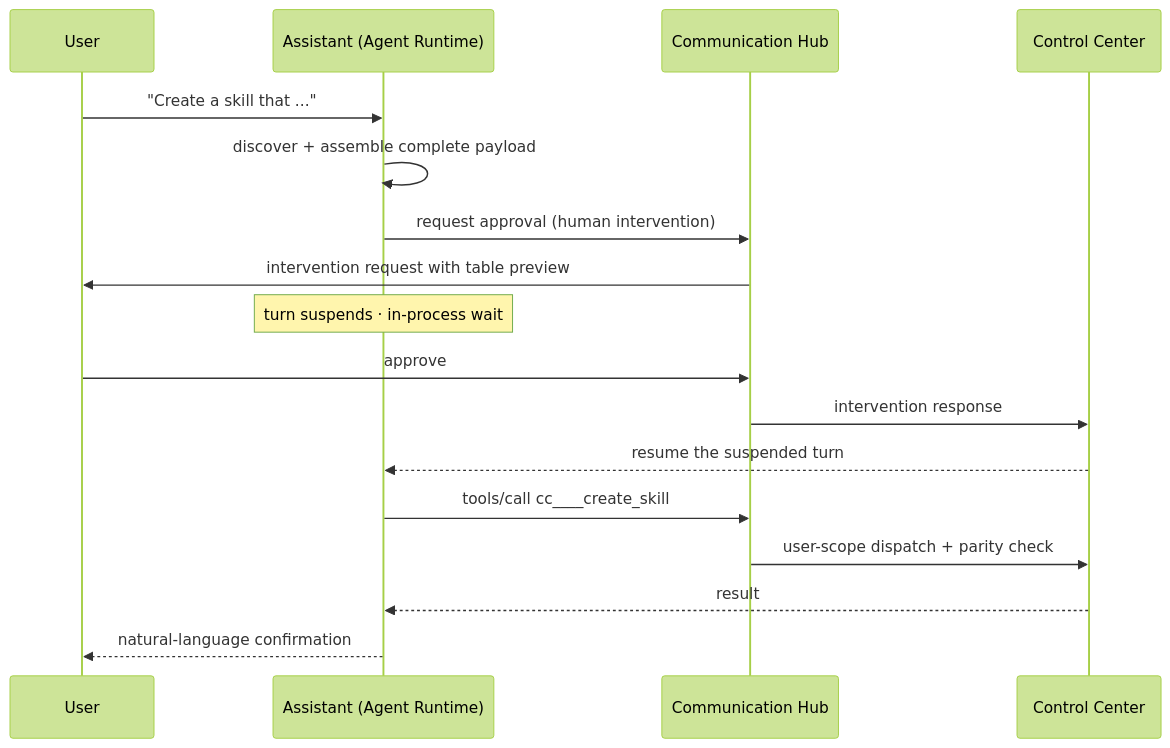
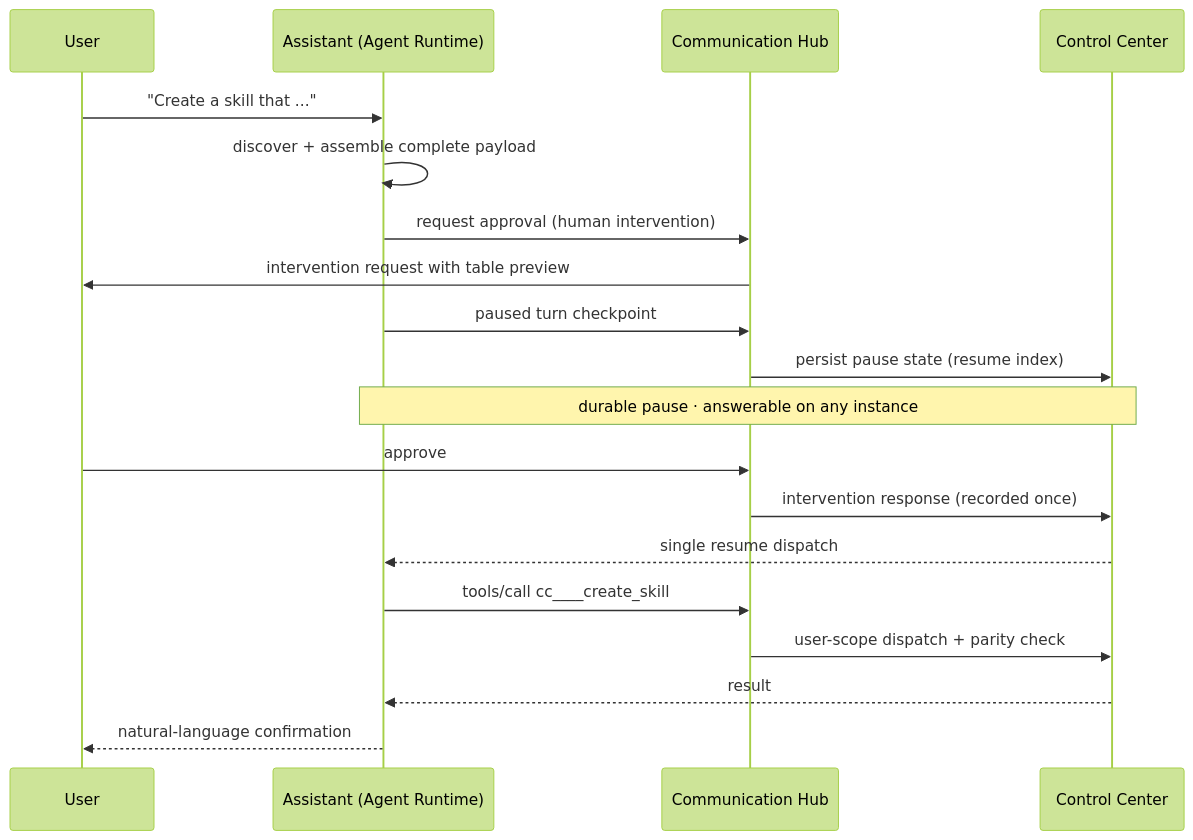
One commit to hurungang/parthenon changed the ninth of 9 diagrams in docs/master/architecture/modules/control-center/architecture.md. Above: the diagram before and after it, drawn with Mermaid (forest theme). The commit also changed other lines of this file and 414 other files, not shown here.

````diff
--- a/docs/master/architecture/modules/control-center/architecture.md
+++ b/docs/master/architecture/modules/control-center/architecture.md
@@ -419,20 +366,22 @@
 ```mermaid
 sequenceDiagram
     participant U as User
     participant AS as Assistant (Agent Runtime)
     participant CH as Communication Hub
     participant CC as Control Center
 
     U->>AS: "Create a skill that ..."
     AS->>AS: discover + assemble complete payload
     AS->>CH: request approval (human intervention)
     CH->>U: intervention request with table preview
-    Note over AS: turn suspends · in-process wait
+    AS->>CH: paused turn checkpoint
+    CH->>CC: persist pause state (resume index)
+    Note over AS,CC: durable pause · answerable on any instance
     U->>CH: approve
-    CH->>CC: intervention response
-    CC-->>AS: resume the suspended turn
+    CH->>CC: intervention response (recorded once)
+    CC-->>AS: single resume dispatch
     AS->>CH: tools/call cc____create_skill
     CH->>CC: user-scope dispatch + parity check
     CC-->>AS: result
     AS-->>U: natural-language confirmation
 ```
````
